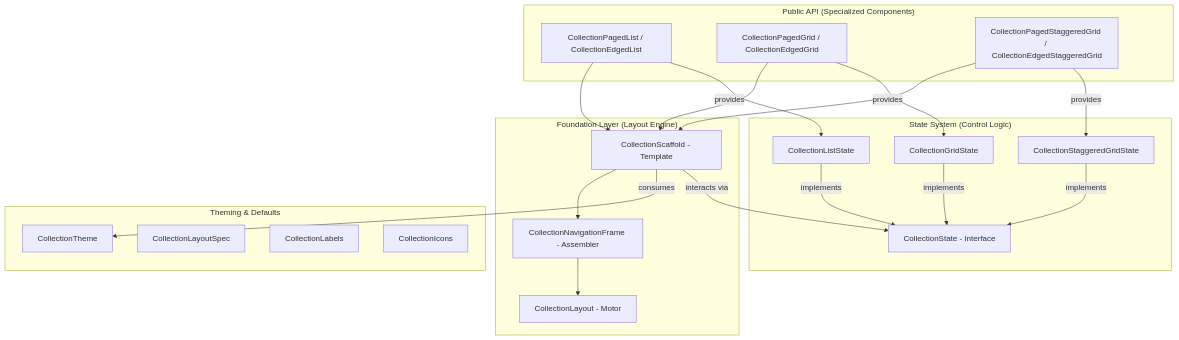
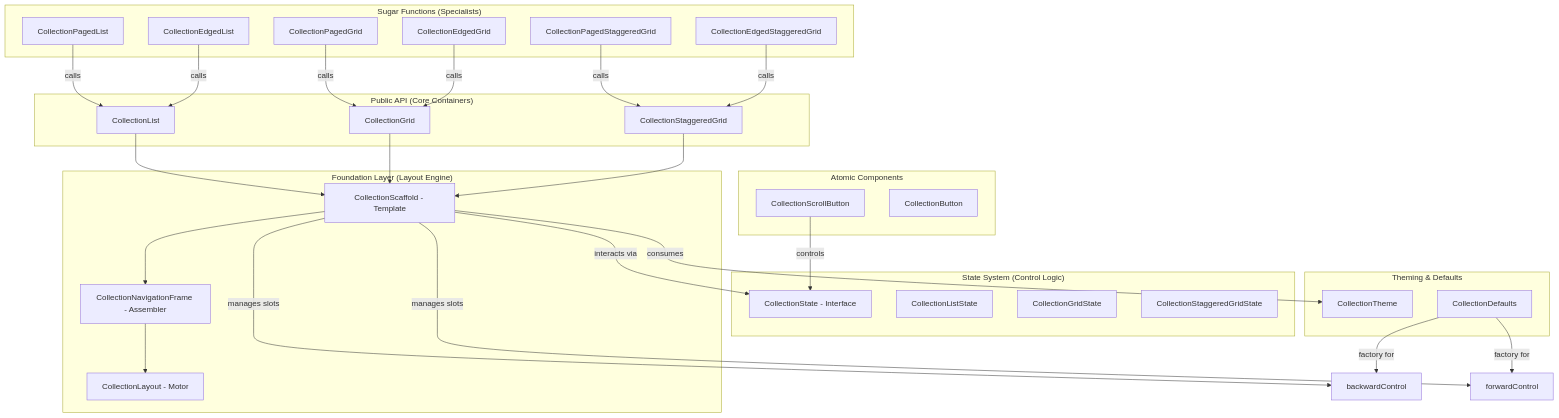
One commit to albertrml/ComposeCollections changed the diagram in app/src/main/java/br/com/arml/composecollections/docs/API_MAP.md. Above: the diagram before and after it, drawn with Mermaid. The commit also changed other lines of this file and 31 other files, not shown here.

First line of the commit message:
feat: release v0.2.8 - semantic slot api and architectural consolidation

````diff
--- a/app/src/main/java/br/com/arml/composecollections/docs/API_MAP.md
+++ b/app/src/main/java/br/com/arml/composecollections/docs/API_MAP.md
@@ -9,47 +9,65 @@
 ```mermaid
 graph TD
-    subgraph "Public API (Specialized Components)"
-        List[CollectionPagedList / CollectionEdgedList]
-        Grid[CollectionPagedGrid / CollectionEdgedGrid]
-        Staggered[CollectionPagedStaggeredGrid / CollectionEdgedStaggeredGrid]
+    subgraph "Public API (Core Containers)"
+        List[CollectionList]
+        Grid[CollectionGrid]
+        Stag[CollectionStaggeredGrid]
+    end
+
+    subgraph "Sugar Functions (Specialists)"
+        PList[CollectionPagedList]
+        EList[CollectionEdgedList]
+        PGrid[CollectionPagedGrid]
+        EGrid[CollectionEdgedGrid]
+        PStag[CollectionPagedStaggeredGrid]
+        EStag[CollectionEdgedStaggeredGrid]
     end
 
     subgraph "Foundation Layer (Layout Engine)"
         Scaffold[CollectionScaffold - Template]
         Frame[CollectionNavigationFrame - Assembler]
         Layout[CollectionLayout - Motor]
     end
 
     subgraph "State System (Control Logic)"
         StateI[CollectionState - Interface]
         StateList[CollectionListState]
         StateGrid[CollectionGridState]
         StateStag[CollectionStaggeredGridState]
     end
 
     subgraph "Theming & Defaults"
         Theme[CollectionTheme]
-        Spec[CollectionLayoutSpec]
-        Labels[CollectionLabels]
-        Icons[CollectionIcons]
+        Defaults[CollectionDefaults]
+    end
+    
+    subgraph "Atomic Components"
+        ScrollBtn[CollectionScrollButton]
+        BaseBtn[CollectionButton]
     end
 
     %% Relationships
+    PList -- calls --> List
+    EList -- calls --> List
+    PGrid -- calls --> Grid
+    EGrid -- calls --> Grid
+    PStag -- calls --> Stag
+    EStag -- calls --> Stag
+    
     List --> Scaffold
     Grid --> Scaffold
-    Staggered --> Scaffold
+    Stag --> Scaffold
     
     Scaffold --> Frame
     Frame --> Layout
     
     Scaffold -- consumes --> Theme
-    List -- provides --> StateList
-    Grid -- provides --> StateGrid
-    Staggered -- provides --> StateStag
+    Scaffold -- "manages slots" --> backward[backwardControl]
+    Scaffold -- "manages slots" --> forward[forwardControl]
     
-    StateList -- implements --> StateI
-    StateGrid -- implements --> StateI
-    StateStag -- implements --> StateI
+    Defaults -- "factory for" --> backward
+    Defaults -- "factory for" --> forward
     
     Scaffold -- interacts via --> StateI
+    ScrollBtn -- controls --> StateI
 ```
````
